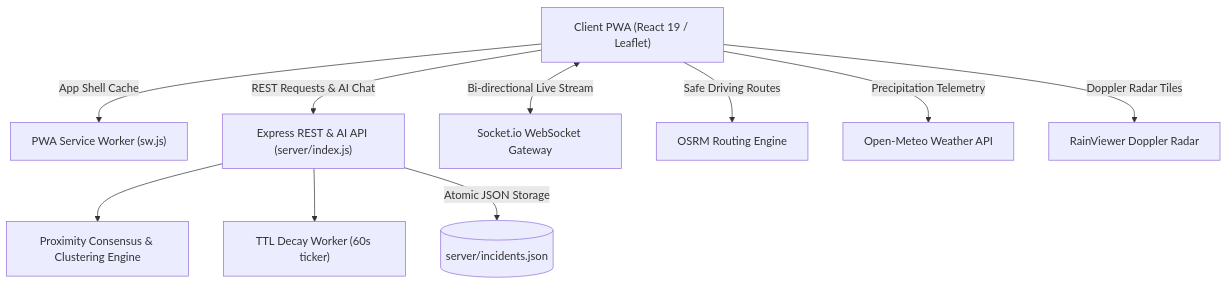
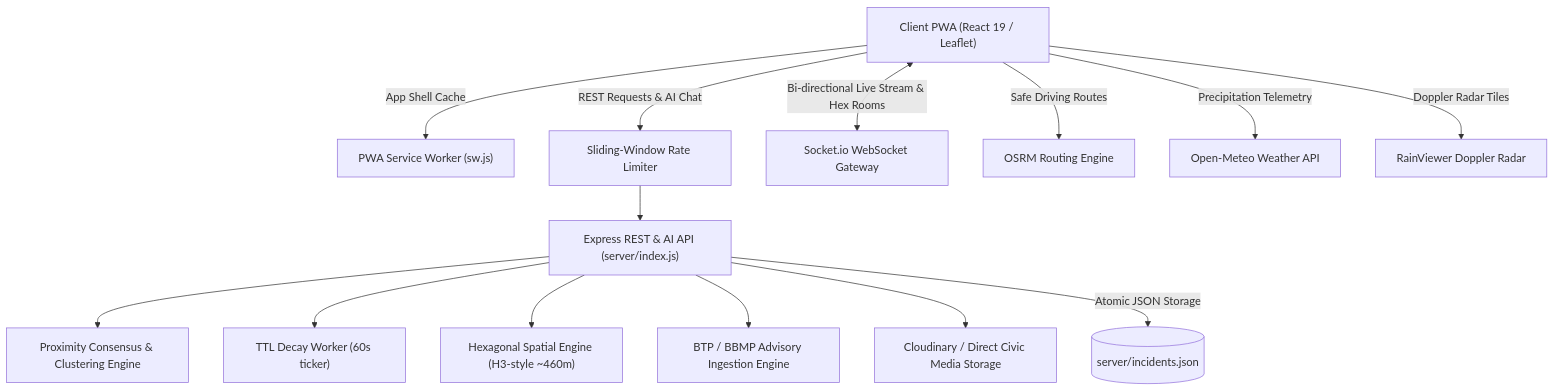
Before and after one commit to Vedant817/NammaDrishti: the diagram in README.md, drawn with Mermaid. The commit also changed other lines of this file and 8 other files, not shown here.

Commit message:
feat: implement hexagonal spatial rooms, rate limiting, BTP ingestion, and media upload pipeline

````diff
--- a/README.md
+++ b/README.md
@@ -28,22 +32,29 @@
 ```mermaid
 graph TD
     Client["Client PWA (React 19 / Leaflet)"]
     ServiceWorker["PWA Service Worker (sw.js)"]
     API["Express REST & AI API (server/index.js)"]
+    RateLimiter["Sliding-Window Rate Limiter"]
     Sockets["Socket.io WebSocket Gateway"]
+    SpatialHex["Hexagonal Spatial Engine (H3-style ~460m)"]
     Consensus["Proximity Consensus & Clustering Engine"]
     Decay["TTL Decay Worker (60s ticker)"]
+    BTPIngestion["BTP / BBMP Advisory Ingestion Engine"]
+    MediaStorage["Cloudinary / Direct Civic Media Storage"]
     OSRM["OSRM Routing Engine"]
     OpenMeteo["Open-Meteo Weather API"]
     RainViewer["RainViewer Doppler Radar"]
 
     Client -->|App Shell Cache| ServiceWorker
-    Client -->|REST Requests & AI Chat| API
-    Client <-->|Bi-directional Live Stream| Sockets
+    Client -->|REST Requests & AI Chat| RateLimiter --> API
+    Client <-->|Bi-directional Live Stream & Hex Rooms| Sockets
     API --> Consensus
     API --> Decay
+    API --> SpatialHex
+    API --> BTPIngestion
+    API --> MediaStorage
     Client -->|Safe Driving Routes| OSRM
     Client -->|Doppler Radar Tiles| RainViewer
     Client -->|Precipitation Telemetry| OpenMeteo
     API -->|Atomic JSON Storage| LocalDisk[(server/incidents.json)]
 ```
````
